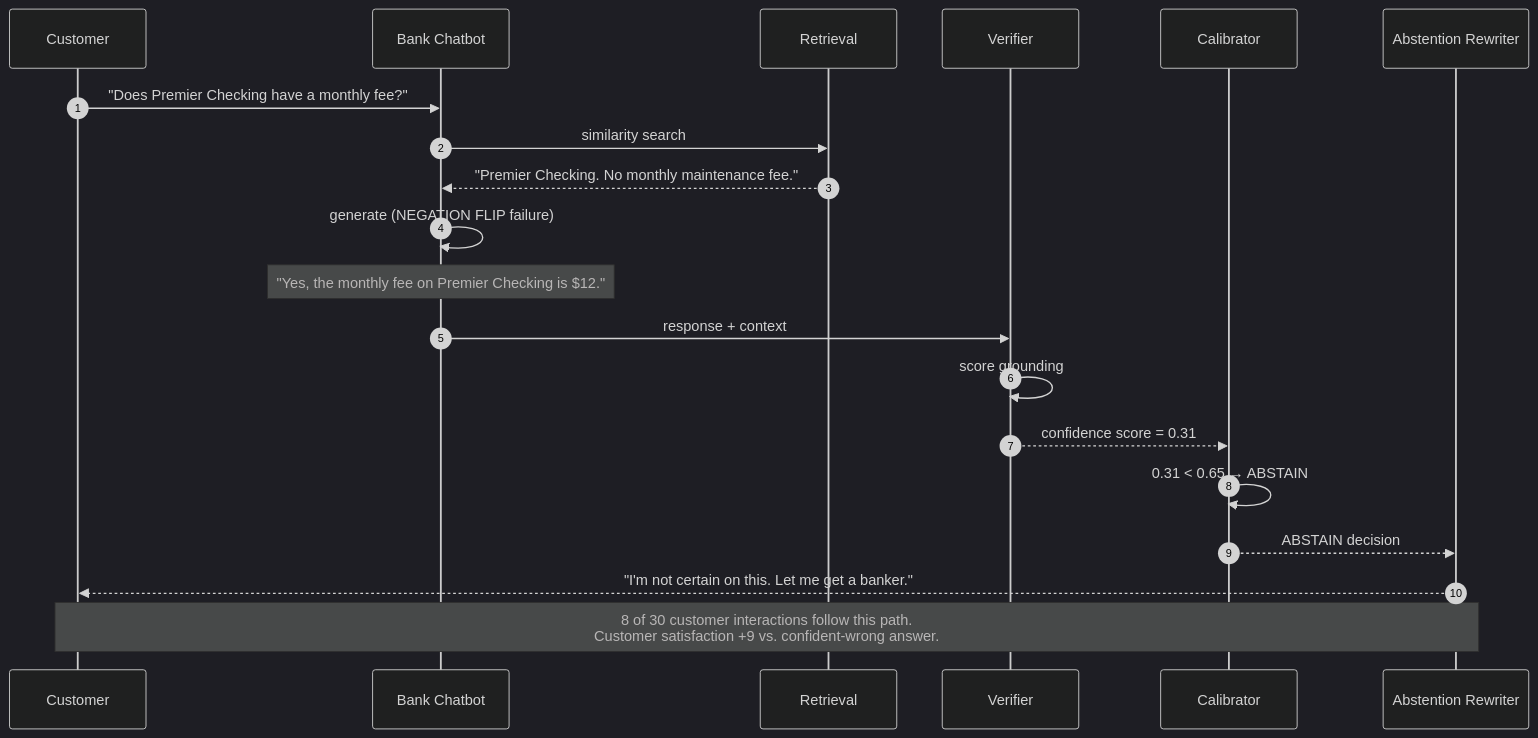
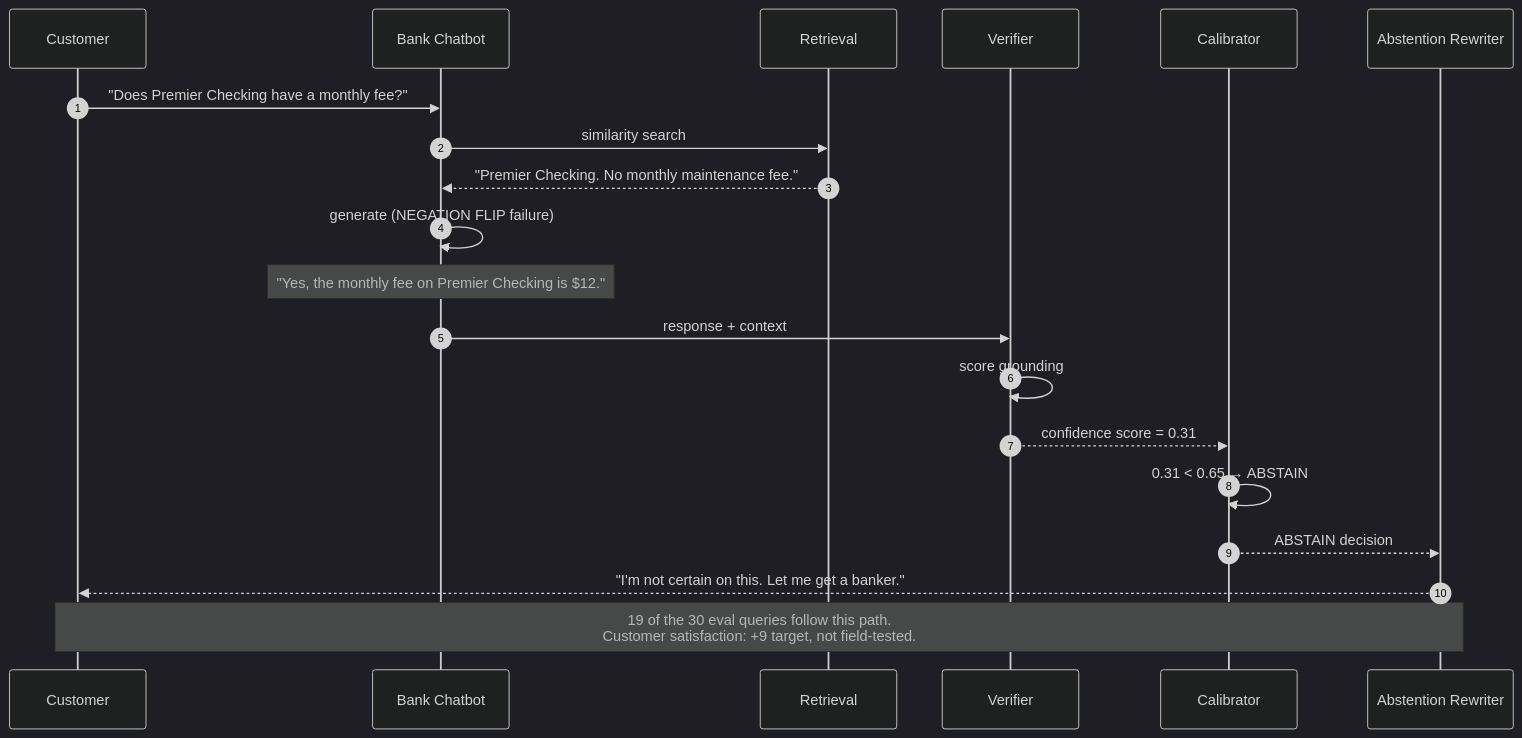
One commit to Vj-shipped-anyway/ai-pm-portfolio changed the third of 3 diagrams in 01-halluguard-bank-chatbot-safety/README.md. Above: the diagram before and after it, drawn with Mermaid (dark theme). The commit also changed other lines of this file and 18 other files, not shown here.

First line of the commit message:
Add HalluGuard and LeaseGuard architecture docs, LeaseGuard demo; align README numbers with code

````diff
--- a/01-halluguard-bank-chatbot-safety/README.md
+++ b/01-halluguard-bank-chatbot-safety/README.md
@@ -429,23 +440,23 @@
 ```mermaid
 sequenceDiagram
     autonumber
     participant U as Customer
     participant B as Bank Chatbot
     participant R as Retrieval
     participant V as Verifier
     participant C as Calibrator
     participant A as Abstention Rewriter
 
     U->>B: "Does Premier Checking have a monthly fee?"
     B->>R: similarity search
     R-->>B: "Premier Checking. No monthly maintenance fee."
     B->>B: generate (NEGATION FLIP failure)
     Note over B: "Yes, the monthly fee on Premier Checking is $12."
     B->>V: response + context
     V->>V: score grounding
     V-->>C: confidence score = 0.31
     C->>C: 0.31 < 0.65 → ABSTAIN
     C-->>A: ABSTAIN decision
     A-->>U: "I'm not certain on this. Let me get a banker."
-    Note over U,A: 8 of 30 customer interactions follow this path.<br/>Customer satisfaction +9 vs. confident-wrong answer.
+    Note over U,A: 19 of the 30 eval queries follow this path.<br/>Customer satisfaction: +9 target, not field-tested.
 ```
````
